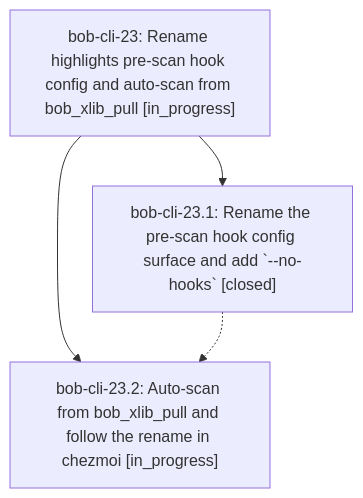
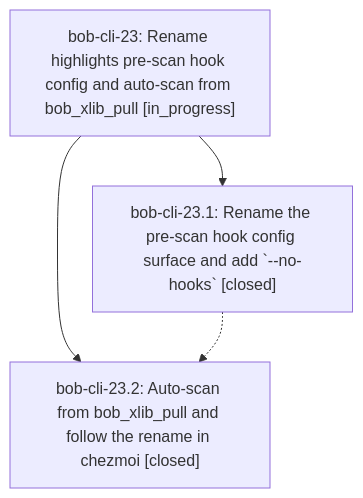
Before and after one commit to bobs-org/bob-cli--beads: the diagram in pages/bob-cli-23/README.md, drawn with Mermaid. The commit also changed other lines of this file and 2 other files, not shown here.

First line of the commit message:
chore(beads): sync bead state and pages for bob-cli-23

````diff
--- a/pages/bob-cli-23/README.md
+++ b/pages/bob-cli-23/README.md
@@ -23,9 +23,9 @@
 ```mermaid
 flowchart TD
     n0["bob-cli-23: Rename highlights pre-scan hook config and auto-scan from bob_xlib_pull [in_progress]"]
     n1["bob-cli-23.1: Rename the pre-scan hook config surface and add `--no-hooks` [closed]"]
-    n2["bob-cli-23.2: Auto-scan from bob_xlib_pull and follow the rename in chezmoi [in_progress]"]
+    n2["bob-cli-23.2: Auto-scan from bob_xlib_pull and follow the rename in chezmoi [closed]"]
     n0 --> n1
     n0 --> n2
     n1 -.-> n2
 ```
````
